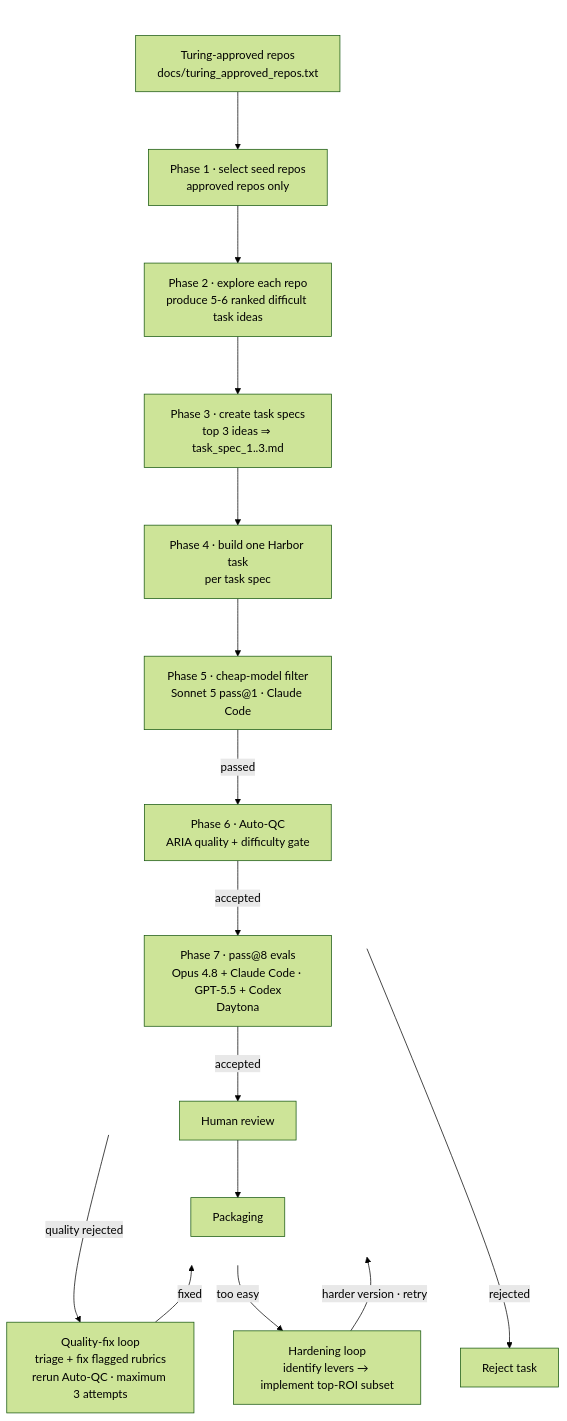
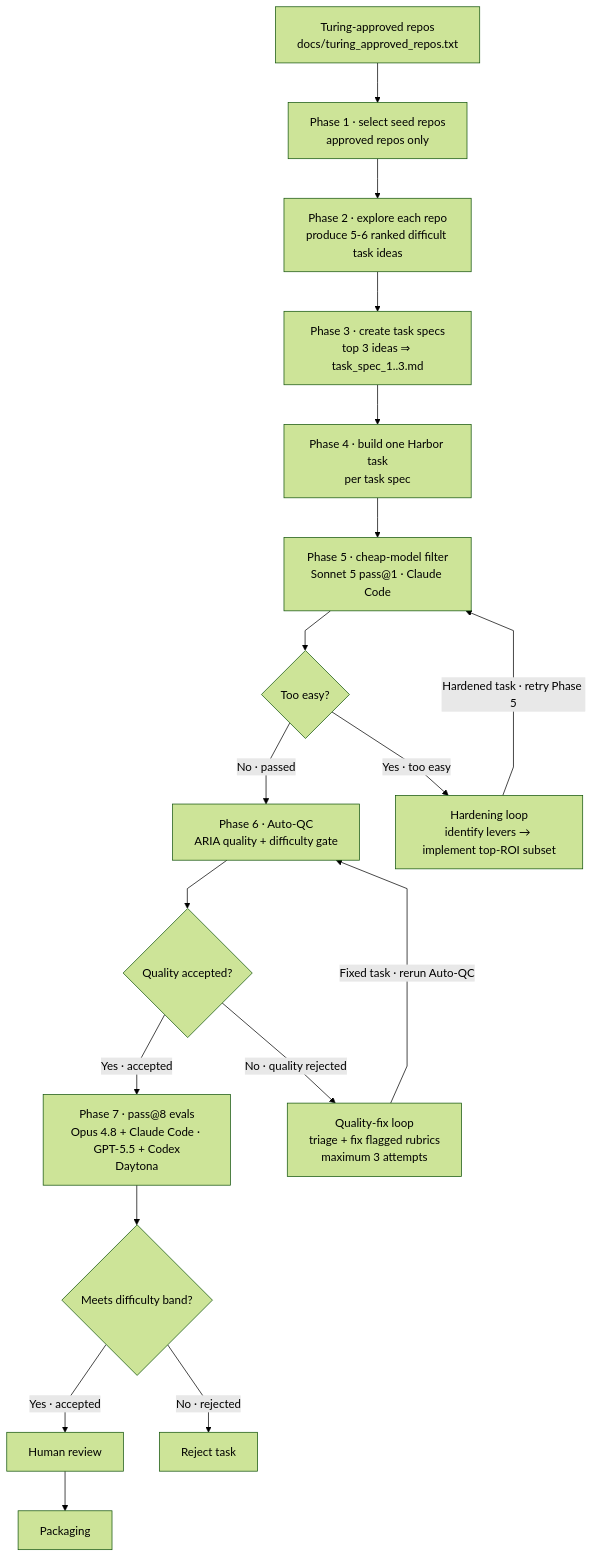
Before and after one commit to vivekp-turing/dataset_task_creation: the diagram in README.md, drawn with Mermaid (forest theme).

Commit message:
updated diagram

````diff
--- a/README.md
+++ b/README.md
@@ -79,31 +79,34 @@
 ```mermaid
-%%{init: {"flowchart": {"curve": "basis", "nodeSpacing": 55, "rankSpacing": 55}}}%%
+%%{init: {"flowchart": {"curve": "linear", "nodeSpacing": 50, "rankSpacing": 55}}}%%
 flowchart TB
-    subgraph ACCEPTED_PATH[" "]
-        direction TB
-        A[Turing-approved repos<br/>docs/turing_approved_repos.txt]
-        P1[Phase 1 · select seed repos<br/>approved repos only]
-        P2[Phase 2 · explore each repo<br/>produce 5-6 ranked difficult task ideas]
-        P3[Phase 3 · create task specs<br/>top 3 ideas ⇒ task_spec_1..3.md]
-        P4[Phase 4 · build one Harbor task<br/>per task spec]
-        P5[Phase 5 · cheap-model filter<br/>Sonnet 5 pass@1 · Claude Code]
-        P6[Phase 6 · Auto-QC<br/>ARIA quality + difficulty gate]
-        P7[Phase 7 · pass@8 evals<br/>Opus 4.8 + Claude Code · GPT-5.5 + Codex<br/>Daytona]
-        HR[Human review]
-        PK[Packaging]
+    A[Turing-approved repos<br/>docs/turing_approved_repos.txt]
+    P1[Phase 1 · select seed repos<br/>approved repos only]
+    P2[Phase 2 · explore each repo<br/>produce 5-6 ranked difficult task ideas]
+    P3[Phase 3 · create task specs<br/>top 3 ideas ⇒ task_spec_1..3.md]
+    P4[Phase 4 · build one Harbor task<br/>per task spec]
+    P5[Phase 5 · cheap-model filter<br/>Sonnet 5 pass@1 · Claude Code]
+    D5{Too easy?}
+    P6[Phase 6 · Auto-QC<br/>ARIA quality + difficulty gate]
+    D6{Quality accepted?}
+    P7[Phase 7 · pass@8 evals<br/>Opus 4.8 + Claude Code · GPT-5.5 + Codex<br/>Daytona]
+    D7{Meets difficulty band?}
+    HR[Human review]
+    PK[Packaging]
+    RJ[Reject task]
+    HD[Hardening loop<br/>identify levers → implement top-ROI subset]
+    QF[Quality-fix loop<br/>triage + fix flagged rubrics<br/>maximum 3 attempts]
 
-        A --> P1 --> P2 --> P3 --> P4 --> P5
-        P5 -->|passed| P6
-        P6 -->|accepted| P7
-        P7 -->|accepted| HR --> PK
-    end
-    style ACCEPTED_PATH fill:none,stroke:none
+    A --> P1 --> P2 --> P3 --> P4 --> P5 --> D5
+    D5 -->|No · passed| P6
+    P6 --> D6
+    D6 -->|Yes · accepted| P7
+    P7 --> D7
+    D7 -->|Yes · accepted| HR --> PK
+    D7 -->|No · rejected| RJ
 
-    P6 -->|quality rejected| QF[Quality-fix loop<br/>triage + fix flagged rubrics<br/>rerun Auto-QC · maximum 3 attempts]
-    QF -->|fixed| P6
+    D5 -->|Yes · too easy| HD
+    HD -->|Hardened task · retry Phase 5| P5
 
-    P5 -->|too easy| HD[Hardening loop<br/>identify levers → implement top-ROI subset]
-    HD -->|harder version · retry| P5
-
-    P7 -->|rejected| RJ[Reject task]
+    D6 -->|No · quality rejected| QF
+    QF -->|Fixed task · rerun Auto-QC| P6
 ```
````
